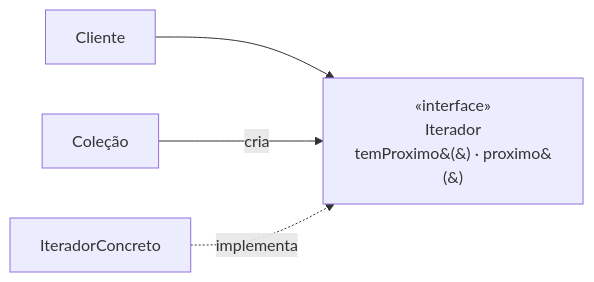
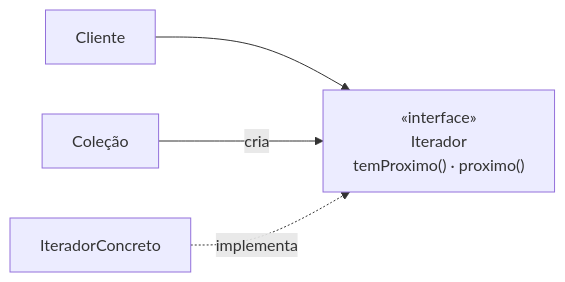
One commit to oadcavalcante/software-architecture-mastery changed the diagram in docs/03-design-patterns/iterator.md. Above: the diagram before and after it, drawn with Mermaid. The commit also changed 27 other files, not shown here.

First line of the commit message:
diagramas: parenteses renderizando como &(&) e largura ilegivel no telefone

````diff
--- a/docs/03-design-patterns/iterator.md
+++ b/docs/03-design-patterns/iterator.md
@@ -49,6 +49,6 @@
 ```mermaid
 graph LR
-  C[Cliente] --> I["«interface»<br/>Iterador<br/>temProximo&#40;&#41; · proximo&#40;&#41;"]
+  C[Cliente] --> I["«interface»<br/>Iterador<br/>temProximo() · proximo()"]
   Col[Coleção] -->|cria| I
   IC[IteradorConcreto] -.implementa.-> I
 ```
````
